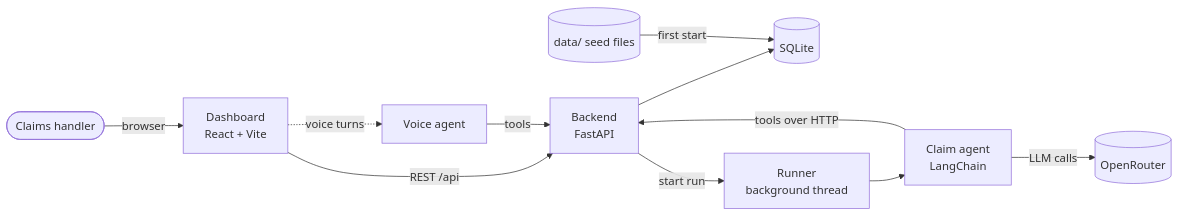
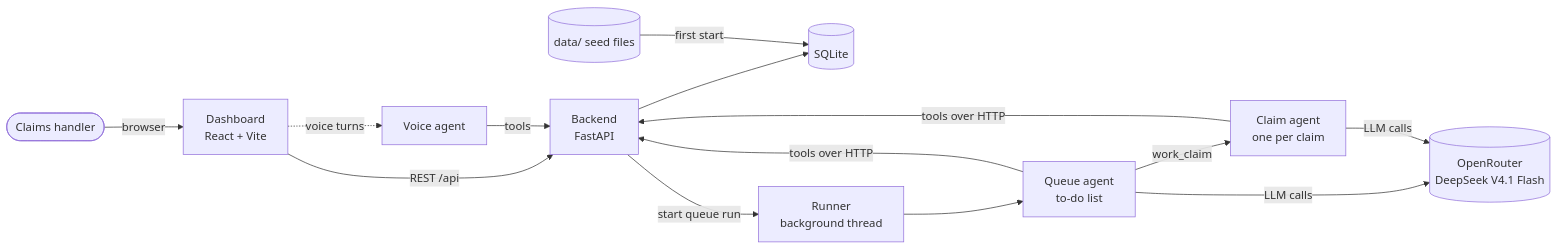
The diagram in README.md (abideenz01/Cipher-Cover), drawn with Mermaid before and after one commit. The commit also changed other lines of this file, not shown here.

Commit message:
README: describe the agent harness

````diff
--- a/README.md
+++ b/README.md
@@ -134,13 +165,16 @@
 ```mermaid
 flowchart LR
     H([Claims handler]) -->|browser| D[Dashboard<br/>React + Vite]
     D -->|REST /api| B[Backend<br/>FastAPI]
     B --> DB[(SQLite)]
-    B -->|start run| R[Runner<br/>background thread]
-    R --> A[Claim agent<br/>LangChain]
-    A -->|tools over HTTP| B
-    A -->|LLM calls| O[(OpenRouter)]
+    B -->|start queue run| R[Runner<br/>background thread]
+    R --> Q[Queue agent<br/>to-do list]
+    Q -->|work_claim| C[Claim agent<br/>one per claim]
+    Q -->|tools over HTTP| B
+    C -->|tools over HTTP| B
+    Q -->|LLM calls| O[(OpenRouter<br/>DeepSeek V4.1 Flash)]
+    C -->|LLM calls| O
     D -.->|voice turns| V[Voice agent]
     V -->|tools| B
     S[(data/ seed files)] -->|first start| DB
 ```
````
